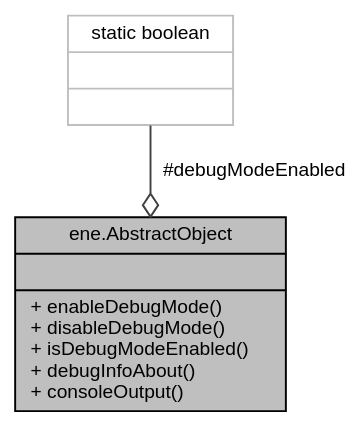
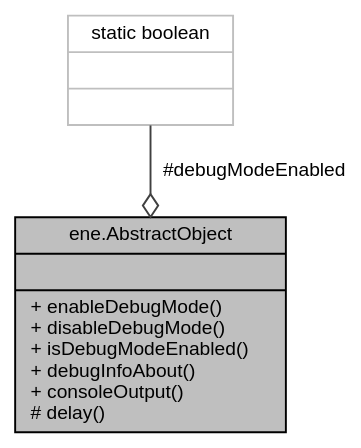
One commit to vivi90/ene changed the diagram in docs/classene_1_1AbstractObject__coll__graph.dot. Above: the diagram before and after it, drawn with Graphviz. The commit also changed 66 other files, not shown here.

```diff
--- a/docs/classene_1_1AbstractObject__coll__graph.dot
+++ b/docs/classene_1_1AbstractObject__coll__graph.dot
@@ -1,9 +1,9 @@
 digraph "ene.AbstractObject"
 {
   bgcolor="transparent";
   edge [fontname="Helvetica",fontsize="10",labelfontname="Helvetica",labelfontsize="10"];
   node [fontname="Helvetica",fontsize="10",shape=record];
-  Node19 [label="{ene.AbstractObject\n||+ enableDebugMode()\l+ disableDebugMode()\l+ isDebugModeEnabled()\l+ debugInfoAbout()\l+ consoleOutput()\l}",height=0.2,width=0.4,color="black", fillcolor="grey75", style="filled", fontcolor="black"];
+  Node19 [label="{ene.AbstractObject\n||+ enableDebugMode()\l+ disableDebugMode()\l+ isDebugModeEnabled()\l+ debugInfoAbout()\l+ consoleOutput()\l# delay()\l}",height=0.2,width=0.4,color="black", fillcolor="grey75", style="filled", fontcolor="black"];
   Node20 -> Node19 [color="grey25",fontsize="10",style="solid",label=" #debugModeEnabled" ,arrowhead="odiamond",fontname="Helvetica"];
   Node20 [label="{static boolean\n||}",height=0.2,width=0.4,color="grey75"];
 }
```
